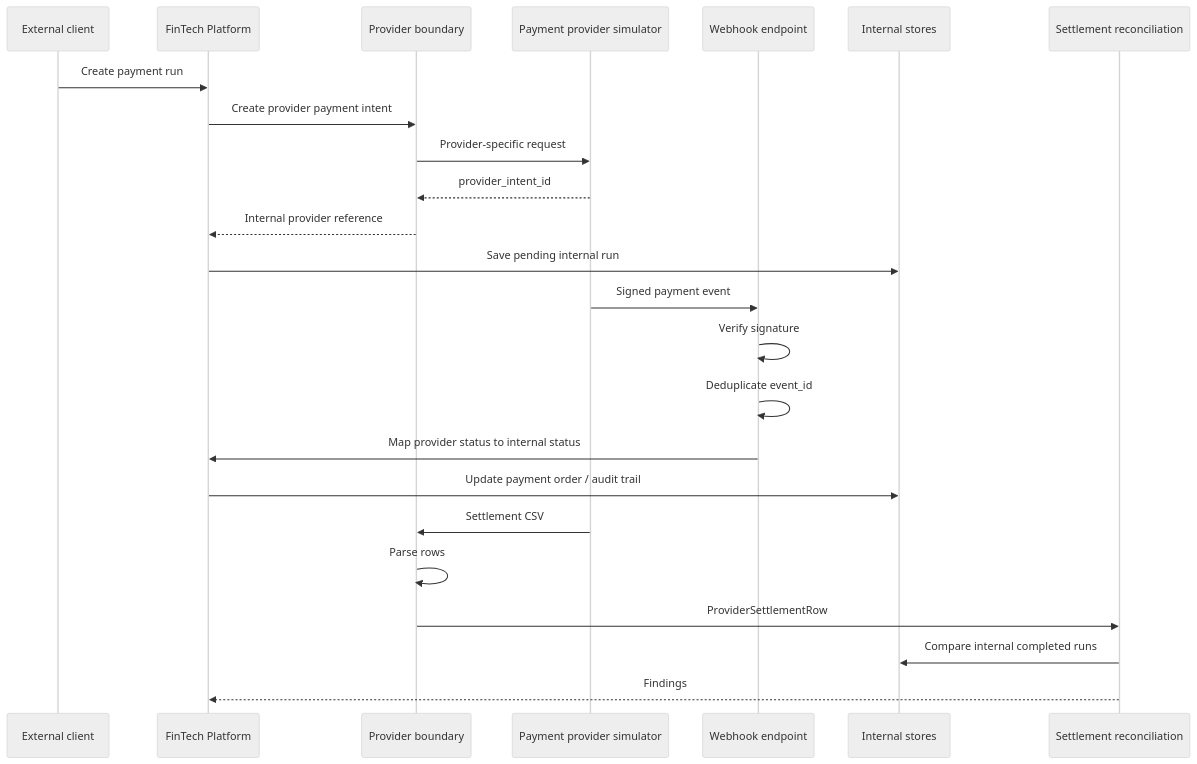
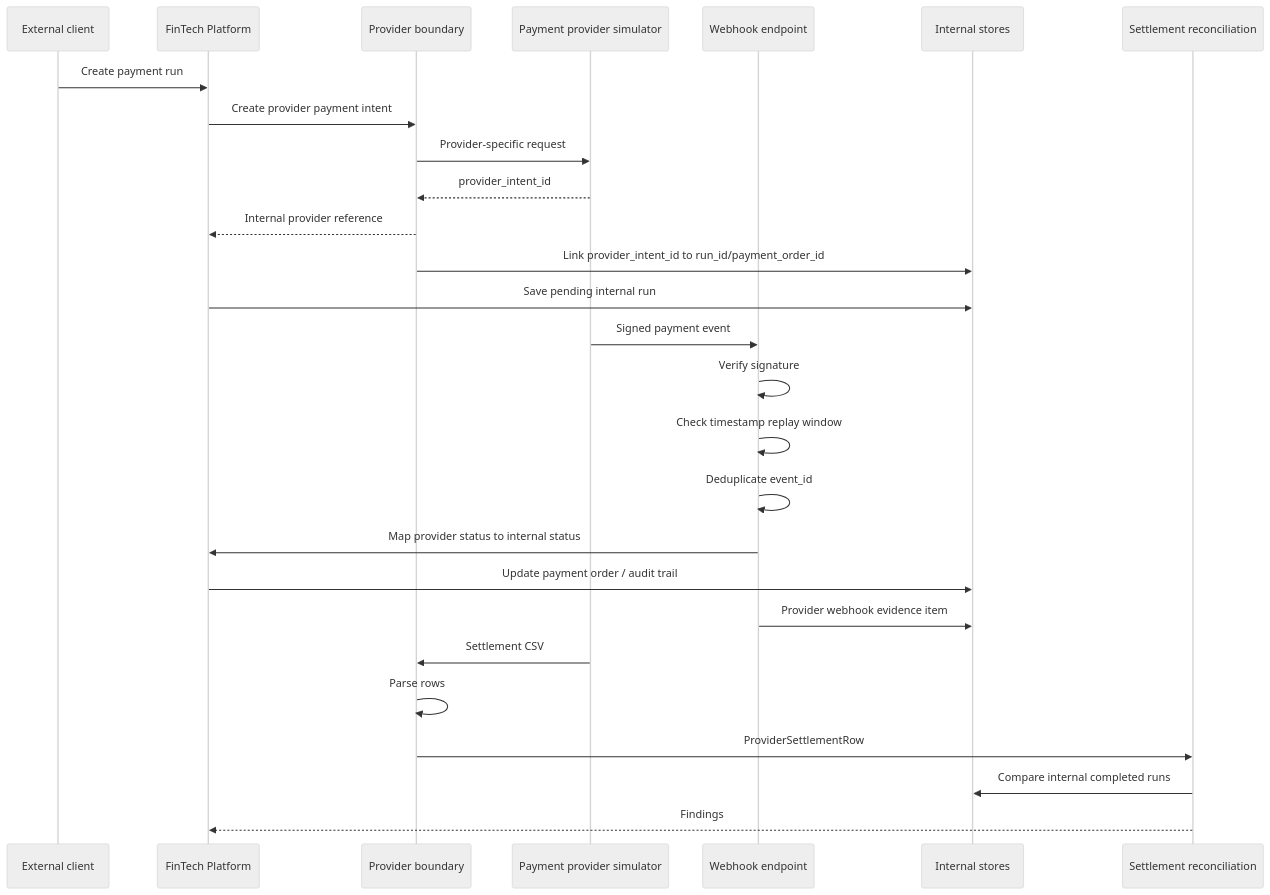
One commit to Jeddy-PAN/FinTech changed the diagram in docs/diagrams/payment-provider-boundary-flow.md. Above: the diagram before and after it, drawn with Mermaid (neutral theme). The commit also changed other lines of this file and 15 other files, not shown here.

Commit message:
Payment Provider completed

````diff
--- a/docs/diagrams/payment-provider-boundary-flow.md
+++ b/docs/diagrams/payment-provider-boundary-flow.md
@@ -5,29 +5,32 @@
 ```mermaid
 sequenceDiagram
     participant Client as External client
     participant Platform as FinTech Platform
     participant ProviderAdapter as Provider boundary
     participant Provider as Payment provider simulator
     participant Webhook as Webhook endpoint
     participant Store as Internal stores
     participant Recon as Settlement reconciliation
 
     Client->>Platform: Create payment run
     Platform->>ProviderAdapter: Create provider payment intent
     ProviderAdapter->>Provider: Provider-specific request
     Provider-->>ProviderAdapter: provider_intent_id
     ProviderAdapter-->>Platform: Internal provider reference
+    ProviderAdapter->>Store: Link provider_intent_id to run_id/payment_order_id
     Platform->>Store: Save pending internal run
 
     Provider->>Webhook: Signed payment event
     Webhook->>Webhook: Verify signature
+    Webhook->>Webhook: Check timestamp replay window
     Webhook->>Webhook: Deduplicate event_id
     Webhook->>Platform: Map provider status to internal status
     Platform->>Store: Update payment order / audit trail
+    Webhook->>Store: Provider webhook evidence item
 
     Provider->>ProviderAdapter: Settlement CSV
     ProviderAdapter->>ProviderAdapter: Parse rows
     ProviderAdapter->>Recon: ProviderSettlementRow
     Recon->>Store: Compare internal completed runs
     Recon-->>Platform: Findings
 ```
````
